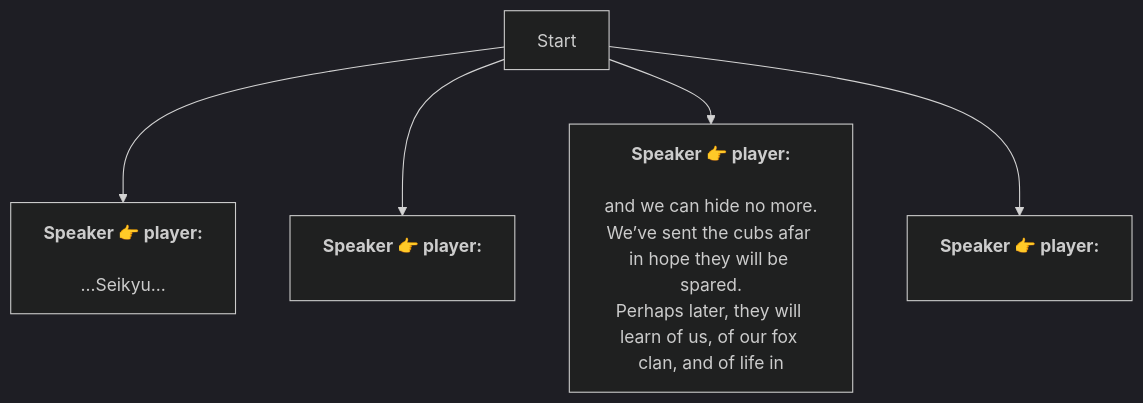
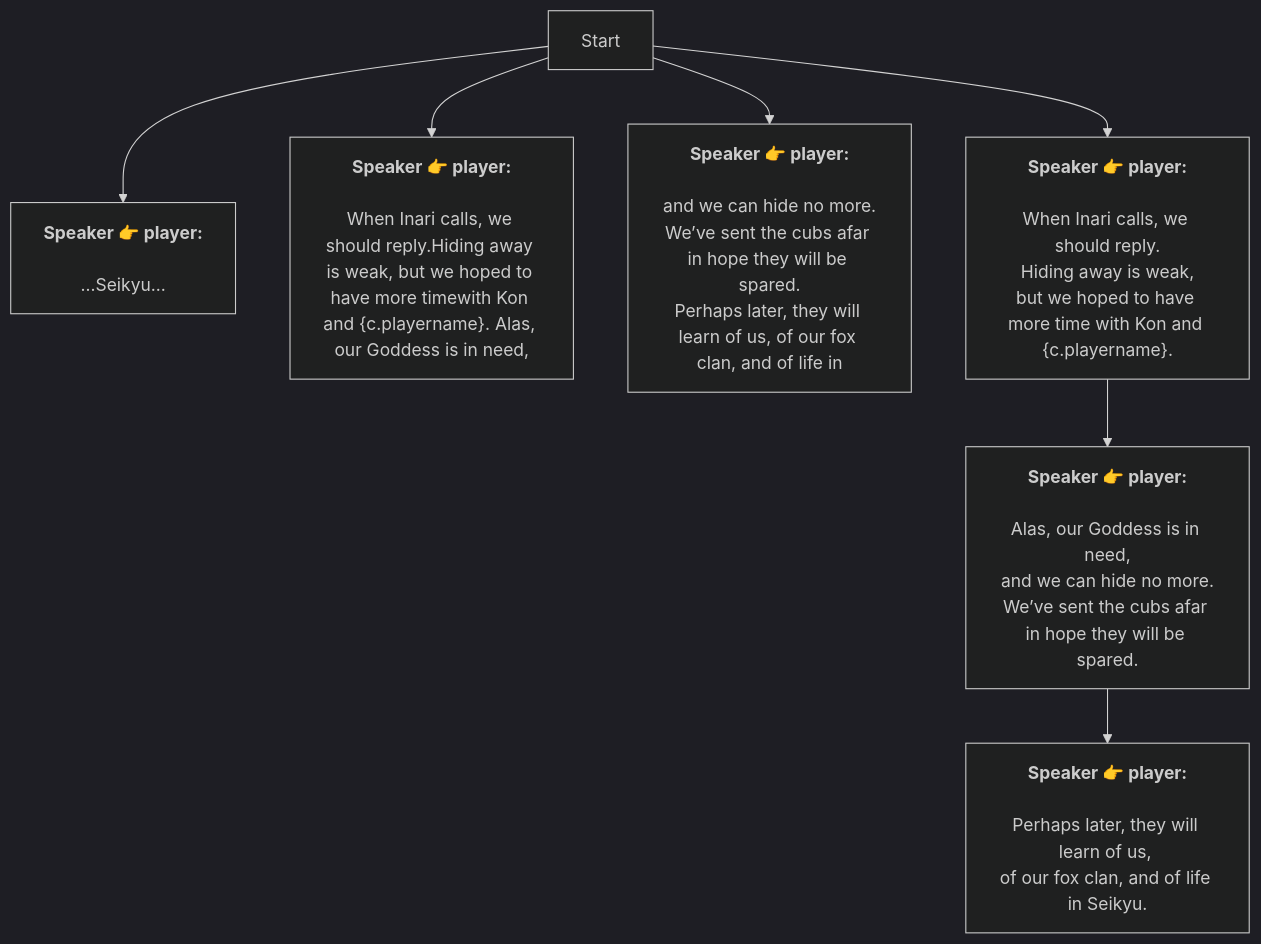
Before and after one commit to SoftHu/tos_avg: the diagram in En/RelicClues.md, drawn with Mermaid (dark theme). The commit also changed 730 other files, not shown here.

````diff
--- a/En/RelicClues.md
+++ b/En/RelicClues.md
@@ -1,14 +1,23 @@
 ```mermaid
 graph
 Start -->1777454943526619[<b>Speaker 👉 player:</b>
 \n...Seikyu...]
 Start -->1777454947225309[<b>Speaker 👉 player:</b>
-\n]
+\nWhen Inari calls, we should reply.Hiding away is weak, but we hoped to have more timewith Kon and &lbrace;c.playername&rbrace;. Alas, our Goddess is in need,]
 Start -->1777454946916060[<b>Speaker 👉 player:</b>
 \nand we can hide no more.
 We’ve sent the cubs afar in hope they will be spared.
 Perhaps later, they will learn of us, of our fox clan, and of life in]
 Start -->1777633078207520[<b>Speaker 👉 player:</b>
-\n]
+\nWhen Inari calls, we should reply.
+Hiding away is weak,
+but we hoped to have more time with Kon and &lbrace;c.playername&rbrace;.]
+1777633078207520 -->1779060968767106[<b>Speaker 👉 player:</b>
+\nAlas, our Goddess is in need,
+and we can hide no more.
+We’ve sent the cubs afar in hope they will be spared.]
+1779060968767106 -->1779060978509443[<b>Speaker 👉 player:</b>
+\nPerhaps later, they will learn of us, 
+of our fox clan, and of life in Seikyu.]
 
 ```
````
